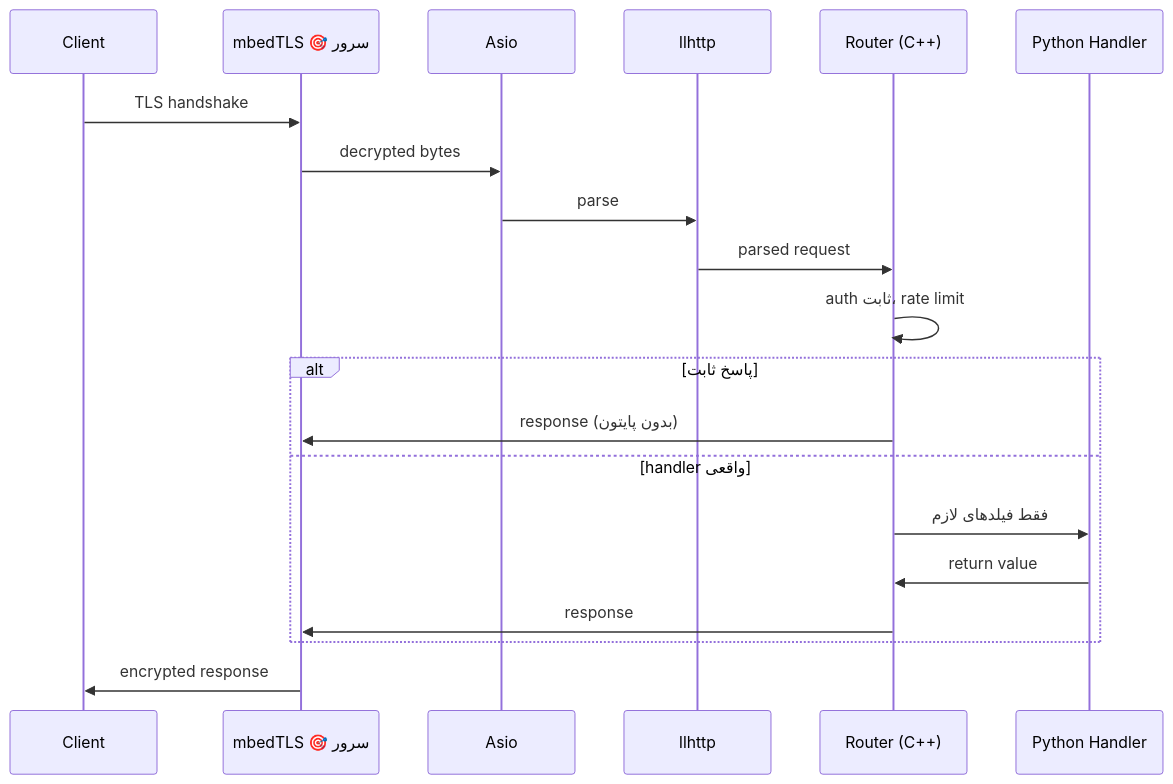
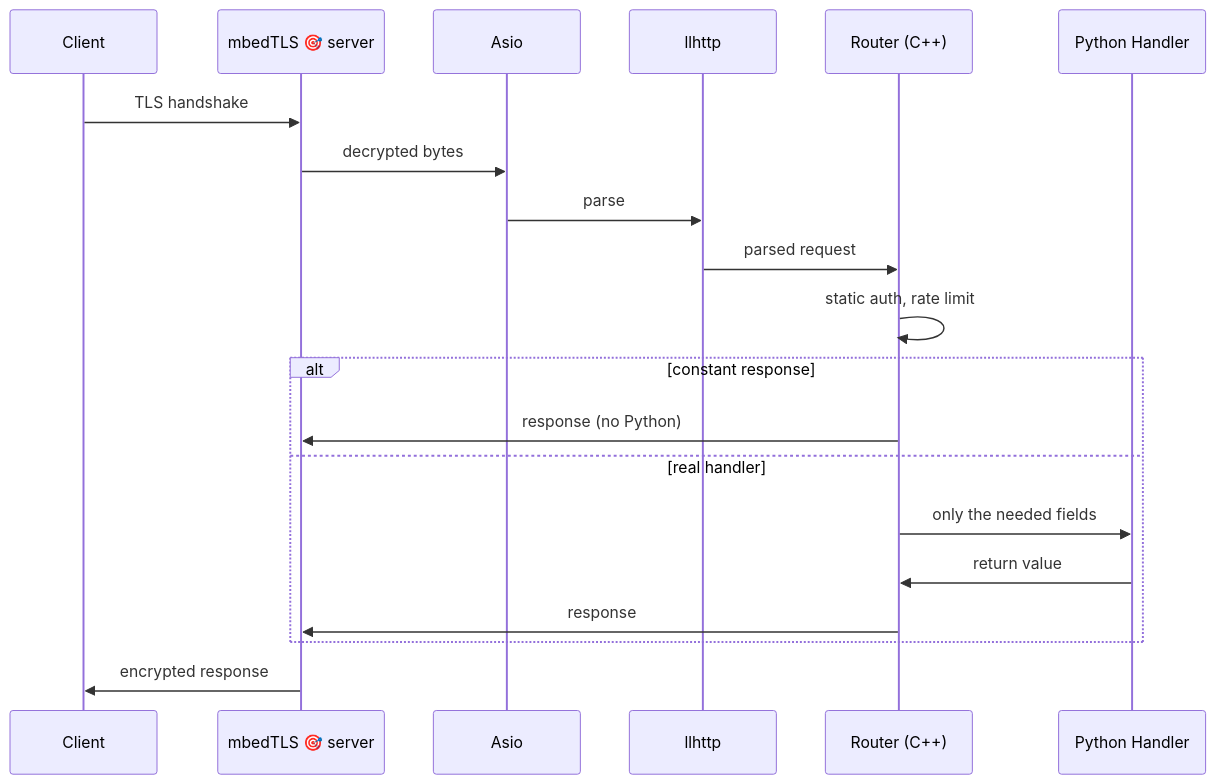
The fifth of 6 diagrams in docs/Architecture.md (MohammadRaziei/httpp), drawn with Mermaid before and after one commit. The commit also changed other lines of this file and 49 other files, not shown here.

````diff
--- a/docs/Architecture.md
+++ b/docs/Architecture.md
@@ -179,23 +180,23 @@
 ```mermaid
 sequenceDiagram
     participant C as Client
-    participant T as mbedTLS 🎯 سرور
+    participant T as mbedTLS 🎯 server
     participant A as Asio
     participant L as llhttp
     participant R as Router (C++)
     participant P as Python Handler
 
     C->>T: TLS handshake
     T->>A: decrypted bytes
     A->>L: parse
     L->>R: parsed request
-    R->>R: auth ثابت، rate limit
-    alt پاسخ ثابت
-        R->>T: response (بدون پایتون)
-    else handler واقعی
-        R->>P: فقط فیلدهای لازم
+    R->>R: static auth, rate limit
+    alt constant response
+        R->>T: response (no Python)
+    else real handler
+        R->>P: only the needed fields
         P->>R: return value
         R->>T: response
     end
     T->>C: encrypted response
 ```
````
